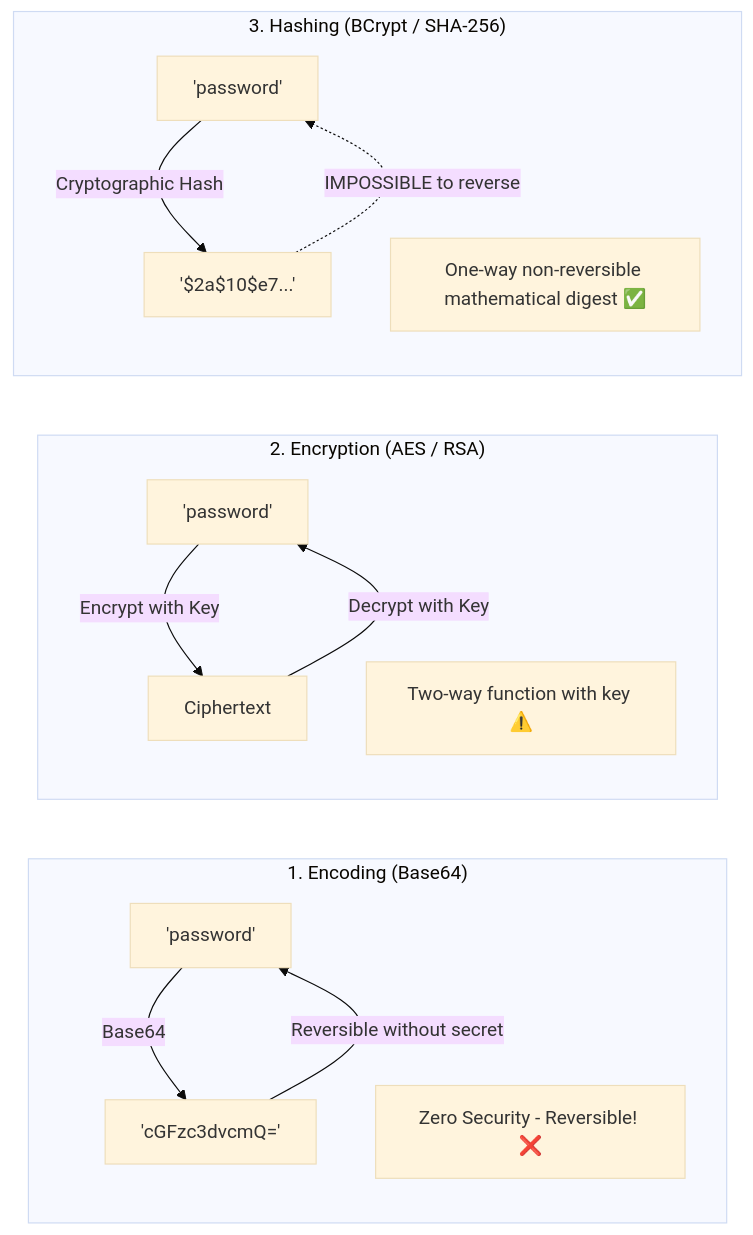
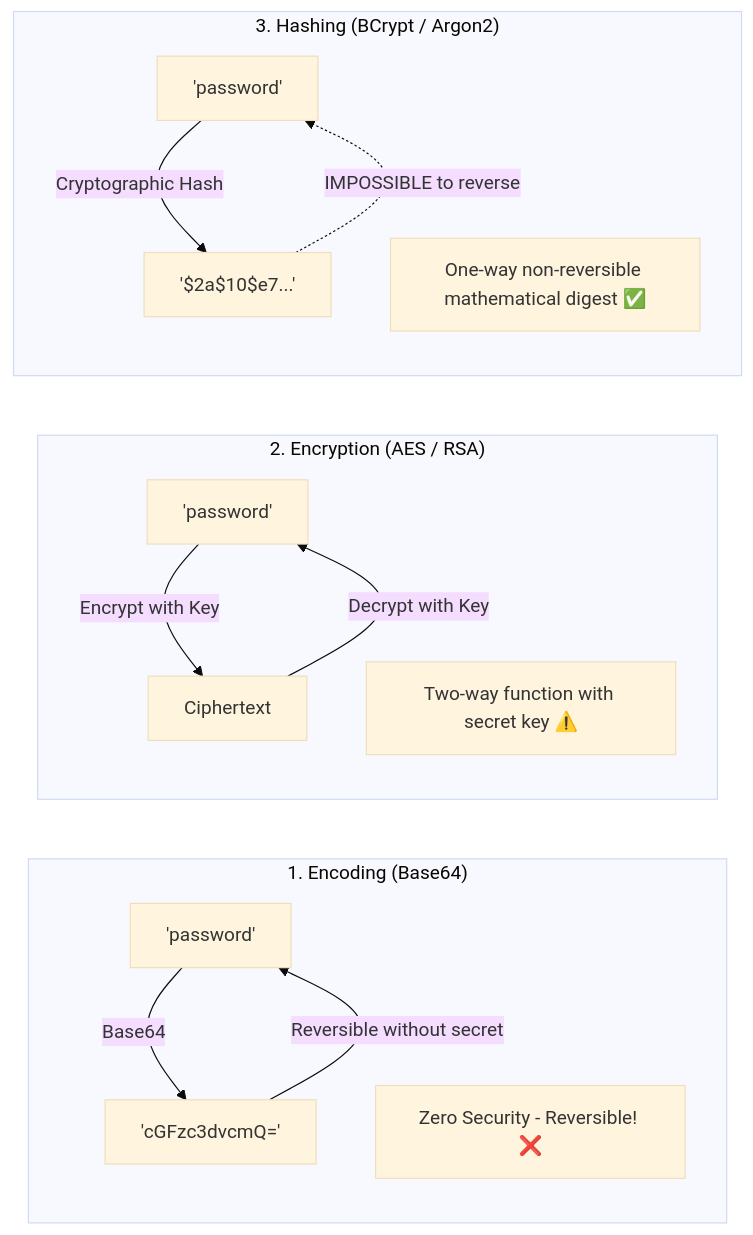
One commit to rohithgowda18/Notes changed the fourth of 7 diagrams in 06-Java-and-Spring-Boot/04-Spring-Security-and-Authentication.md. Above: the diagram before and after it, drawn with Mermaid (base theme). The commit also changed other lines of this file and 13 other files, not shown here.

Commit message:
docs: upgrade Spring Boot study guides to Spring Boot 3+, Spring 6, Security 6, Jakarta, and add architecture diagrams

````diff
--- a/06-Java-and-Spring-Boot/04-Spring-Security-and-Authentication.md
+++ b/06-Java-and-Spring-Boot/04-Spring-Security-and-Authentication.md
@@ -268,18 +190,18 @@
 ```mermaid
 flowchart LR
     subgraph EncodingSec ["1. Encoding (Base64)"]
         E1["'password'"] -->|Base64| E2["'cGFzc3dvcmQ='"]
         E2 -->|Reversible without secret| E1
         Note1["Zero Security - Reversible! ❌"]
     end
     subgraph EncryptionSec ["2. Encryption (AES / RSA)"]
         En1["'password'"] -->|Encrypt with Key| En2["Ciphertext"]
         En2 -->|Decrypt with Key| En1
-        Note2["Two-way function with key ⚠️"]
+        Note2["Two-way function with secret key ⚠️"]
     end
-    subgraph HashingSec ["3. Hashing (BCrypt / SHA-256)"]
+    subgraph HashingSec ["3. Hashing (BCrypt / Argon2)"]
         H1["'password'"] -->|Cryptographic Hash| H2["'$2a$10$e7...'"]
         H2 -.->|IMPOSSIBLE to reverse| H1
         Note3["One-way non-reversible mathematical digest ✅"]
     end
 ```
````
